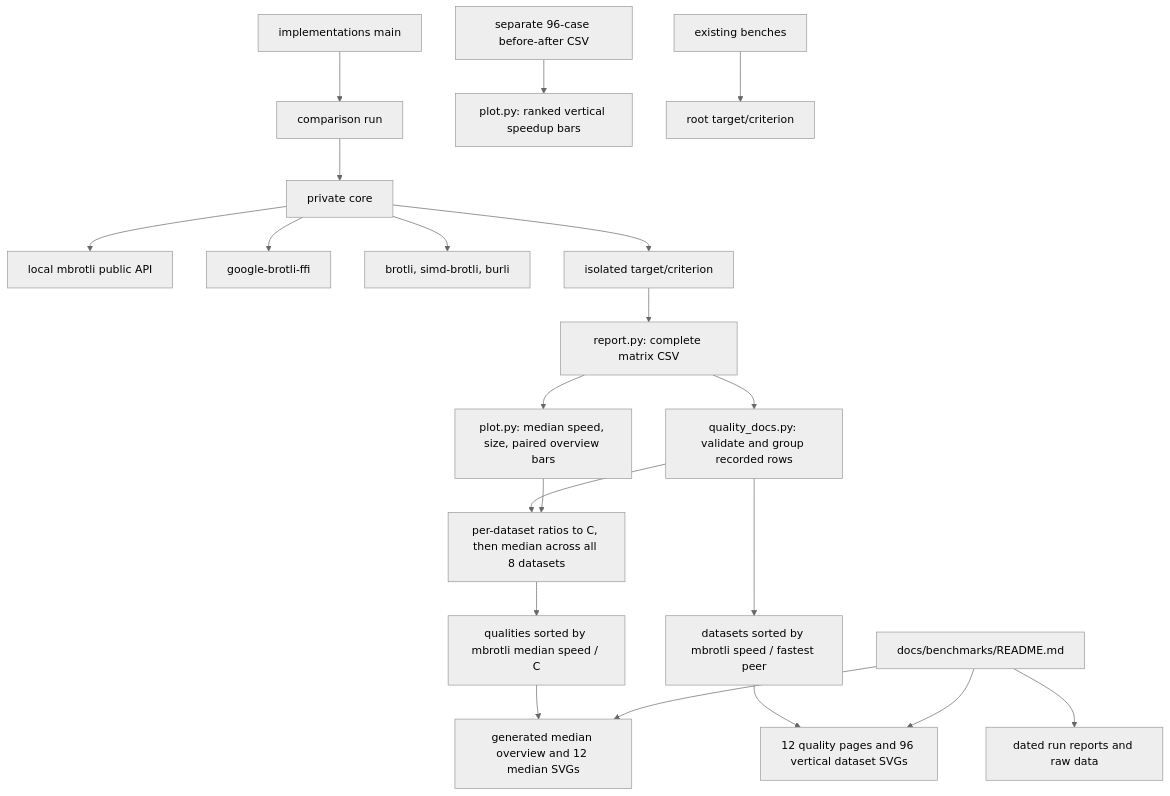
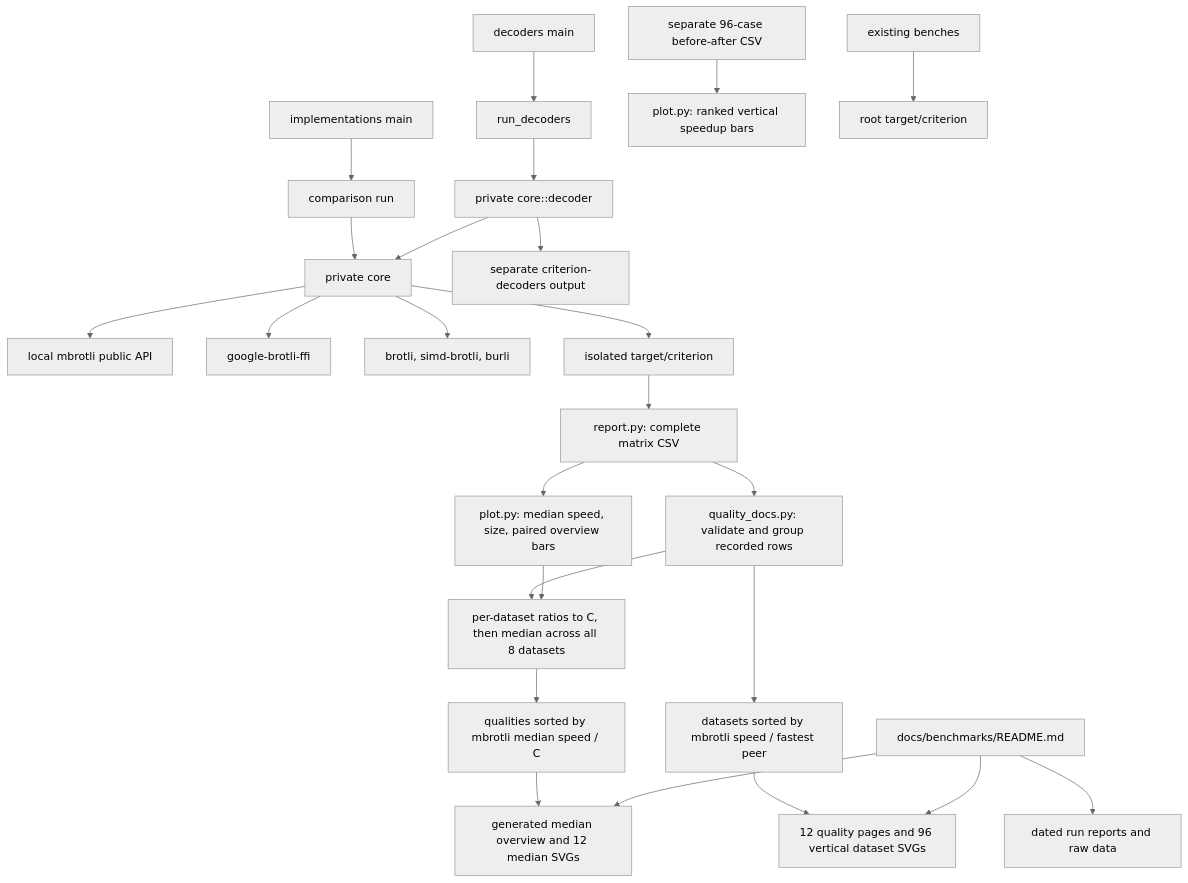
The first of 3 diagrams in architecture/benchmark-comparison.md (Mnwa/mbrotli), drawn with Mermaid (neutral theme) before and after one commit. The commit also changed other lines of this file and 45 other files, not shown here.

Commit message:
add decoder benchmark results

````diff
--- a/architecture/benchmark-comparison.md
+++ b/architecture/benchmark-comparison.md
@@ -11,23 +12,27 @@
 ```mermaid
 graph TD
     Bench[implementations main] --> Run[comparison run]
     Run --> Core[private core]
+    Decoders[decoders main] --> DecodeRun[run_decoders]
+    DecodeRun --> DecodeCore[private core::decoder]
+    DecodeCore --> Core
+    DecodeCore --> DecodeResults[separate criterion-decoders output]
     Core --> API[local mbrotli public API]
     Core --> C[google-brotli-ffi]
     Core --> Competitors[brotli, simd-brotli, burli]
     Core --> Criterion[isolated target/criterion]
     Criterion --> Export[report.py: complete matrix CSV]
     Export --> Plot[plot.py: median speed, size, paired overview bars]
     Export --> QualityDocs[quality_docs.py: validate and group recorded rows]
     QualityDocs --> Medians[per-dataset ratios to C, then median across all 8 datasets]
     Medians --> Order[qualities sorted by mbrotli median speed / C]
     Order --> Overview[generated median overview and 12 median SVGs]
     QualityDocs --> Rank[datasets sorted by mbrotli speed / fastest peer]
     Rank --> Pages[12 quality pages and 96 vertical dataset SVGs]
     Plot --> Medians
     Matched[separate 96-case before-after CSV] --> BeforeAfter[plot.py: ranked vertical speedup bars]
     Index[docs/benchmarks/README.md] --> Pages
     Index --> Overview
     Index --> Reports[dated run reports and raw data]
     Old[existing benches] --> OldResults[root target/criterion]
 ```
````
